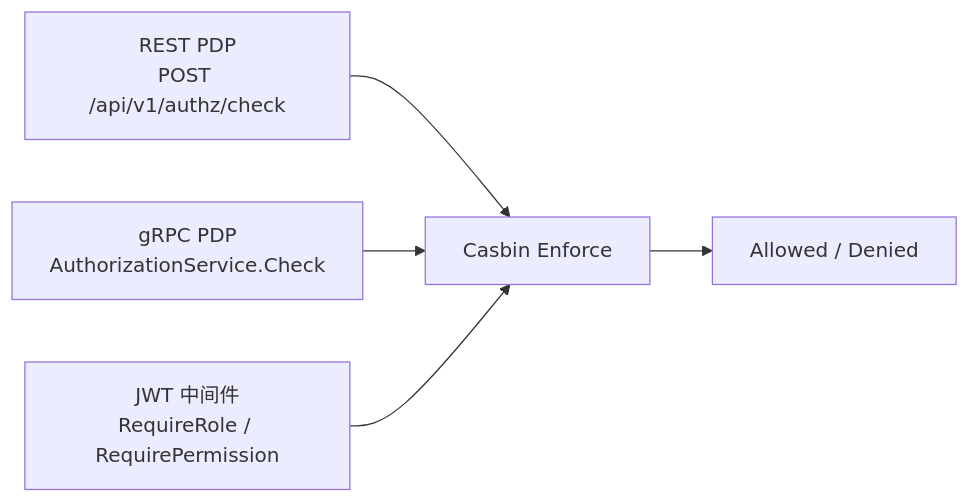
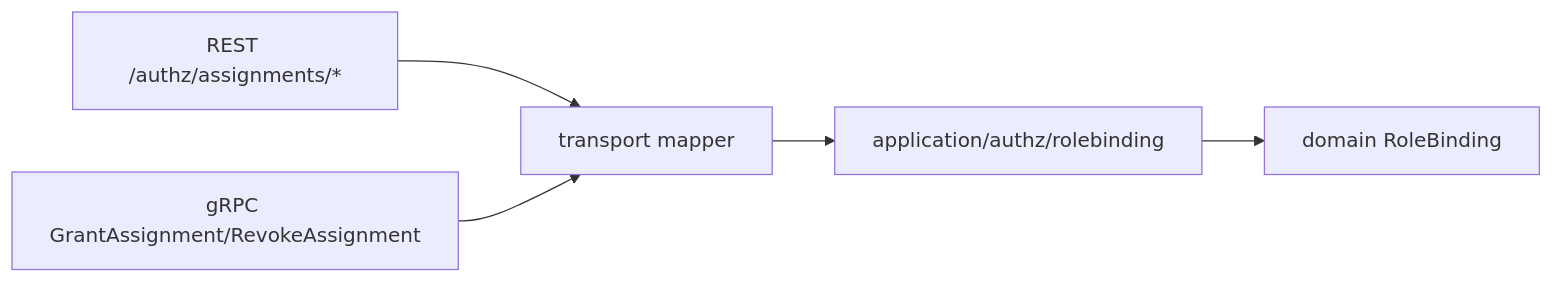
One commit to FangcunMount/iam changed the second of 5 diagrams in docs/05-专题分析/03-授权判定链路--角色&策略&资源&Assignment&Casbin.md. Above: the diagram before and after it, drawn with Mermaid. The commit also changed other lines of this file and 61 other files, not shown here.

````diff
--- a/docs/05-专题分析/03-授权判定链路--角色&策略&资源&Assignment&Casbin.md
+++ b/docs/05-专题分析/03-授权判定链路--角色&策略&资源&Assignment&Casbin.md
@@ -229,13 +59,12 @@
 ```mermaid
 flowchart LR
-    RestPDP["REST PDP<br/>POST /api/v1/authz/check"]
-    GrpcPDP["gRPC PDP<br/>AuthorizationService.Check"]
-    Middleware["JWT 中间件<br/>RequireRole / RequirePermission"]
-    Casbin["Casbin Enforce"]
-    Result["Allowed / Denied"]
+    REST["REST /authz/assignments/*"]
+    GRPC["gRPC GrantAssignment/RevokeAssignment"]
+    Mapper["transport mapper"]
+    App["application/authz/rolebinding"]
+    Domain["domain RoleBinding"]
 
-    RestPDP --> Casbin
-    GrpcPDP --> Casbin
-    Middleware --> Casbin
-    Casbin --> Result
+    REST --> Mapper
+    GRPC --> Mapper
+    Mapper --> App --> Domain
 ```
````
